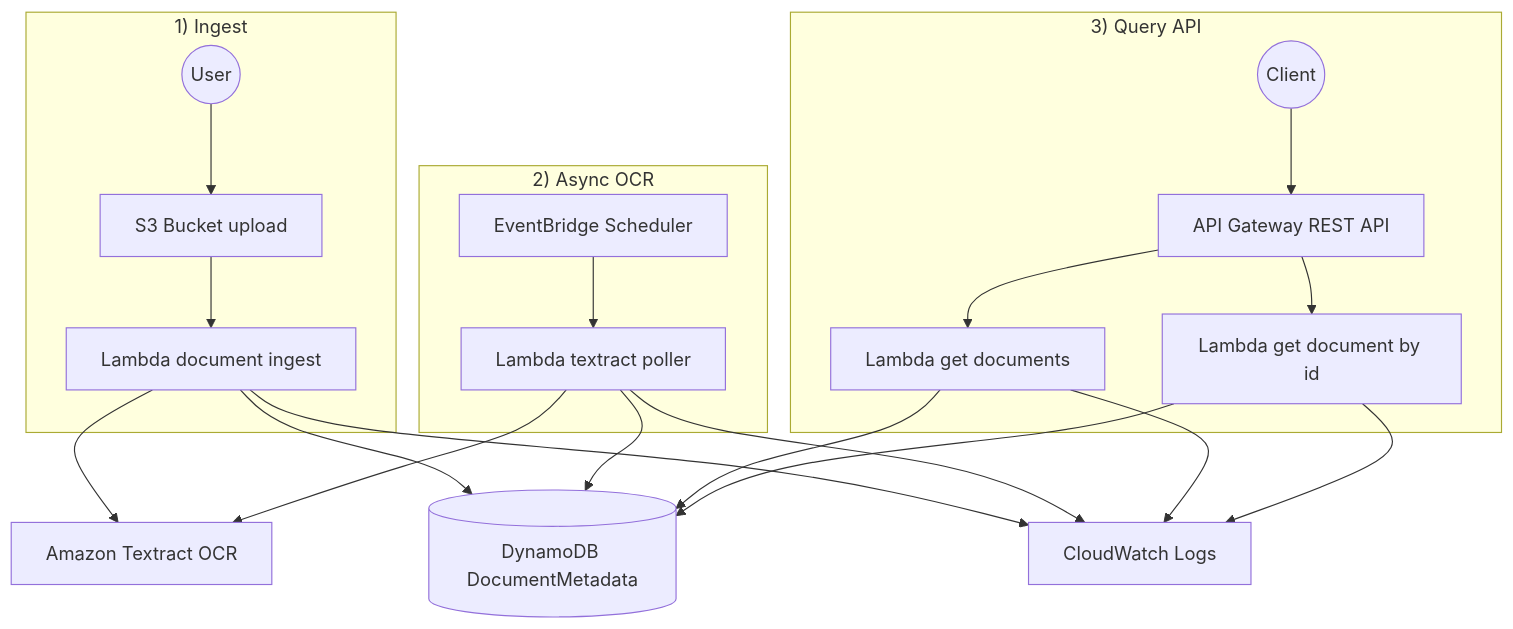
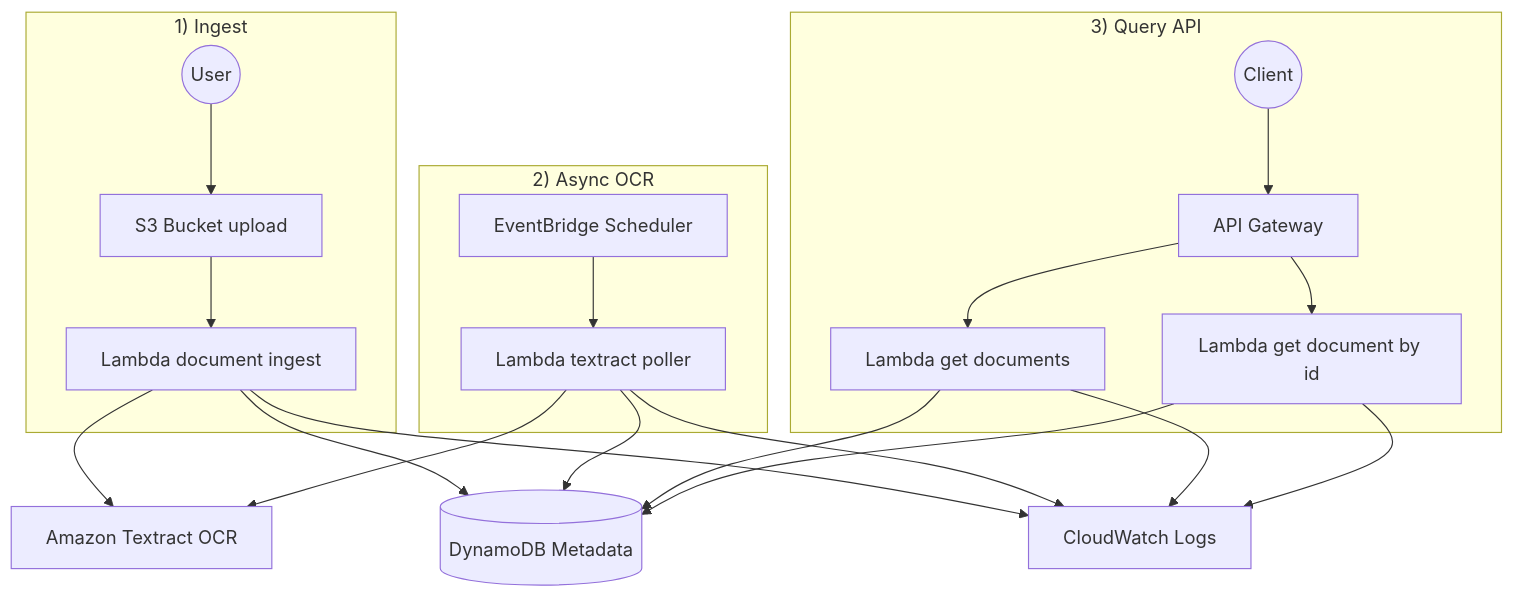
Before and after one commit to YogithR/Serverless-Document-Processing-Pipeline-AWS-: the diagram in README.md, drawn with Mermaid.

````diff
--- a/README.md
+++ b/README.md
@@ -12,39 +12,34 @@
 ```mermaid
 flowchart TD
 
-    %% Layer 1: Entry Points
+    %% 1) INGEST
     subgraph Ingest ["1) Ingest"]
         U((User)) --> S3[S3 Bucket upload]
         S3 --> L1[Lambda document ingest]
     end
 
+    %% 2) ASYNC
     subgraph Async ["2) Async OCR"]
         EB[EventBridge Scheduler] --> L2[Lambda textract poller]
     end
 
+    %% 3) API
     subgraph API ["3) Query API"]
-        C((Client)) --> APIGW[API Gateway REST API]
+        C((Client)) --> APIGW[API Gateway]
         APIGW --> L3[Lambda get documents]
         APIGW --> L4[Lambda get document by id]
     end
 
-    %% Layer 2: Shared Resources (Middle/Bottom)
+    %% Shared Resources positioned to balance the lines
     TX[Amazon Textract OCR]
-    DDB[(DynamoDB DocumentMetadata)]
+    DDB[(DynamoDB Metadata)]
     CW[CloudWatch Logs]
 
-    %% Cleaned Connections
+    %% Main Logic Connections
     L1 --> TX
-    L1 --> DDB
-    L1 --> CW
-
     L2 --> TX
-    L2 --> DDB
-    L2 --> CW
-
-    L3 --> DDB
-    L3 --> CW
-    L4 --> DDB
-    L4 --> CW
-
+    
+    %% Data Connections (Grouped to prevent crossing)
+    L1 & L2 & L3 & L4 --> DDB
+    L1 & L2 & L3 & L4 --> CW
 ```
````
